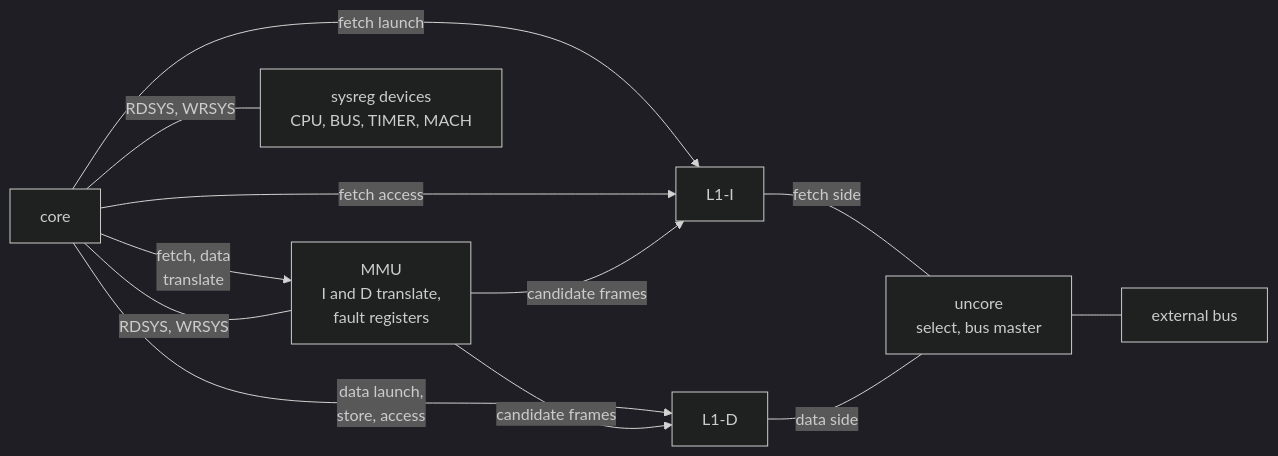
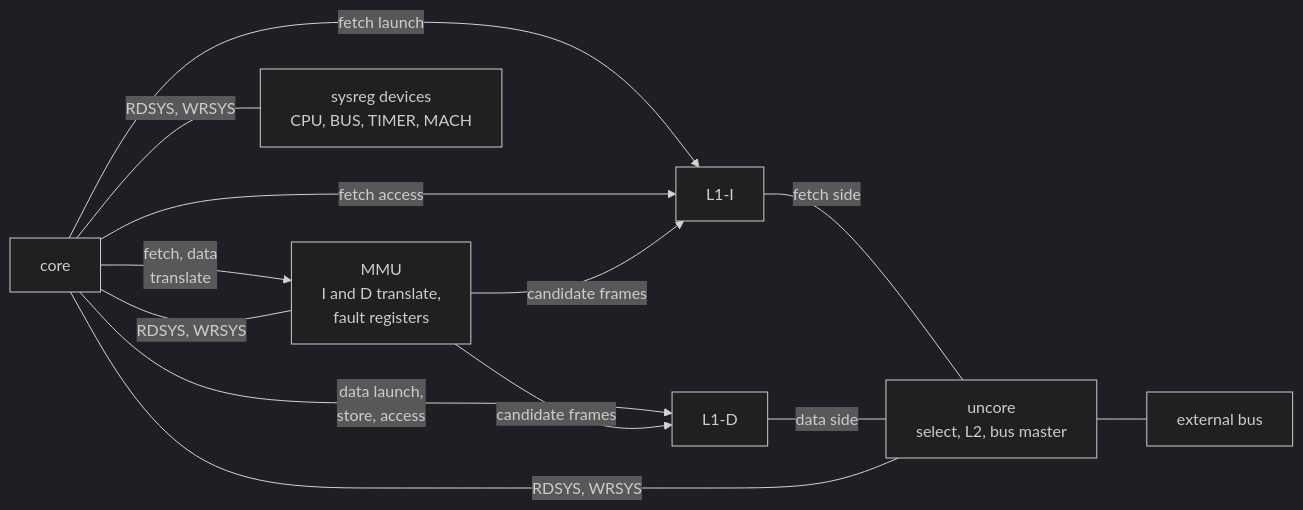
One commit to lonemeow/penumbra-minicomputer changed the diagram in doc/internals/penumbra3/machine.md. Above: the diagram before and after it, drawn with Mermaid (dark theme). The commit also changed other lines of this file and 2 other files, not shown here.

First line of the commit message:
doc: describe the gen3 uncore and its L2

````diff
--- a/doc/internals/penumbra3/machine.md
+++ b/doc/internals/penumbra3/machine.md
@@ -16,21 +15,22 @@
 ```mermaid
 graph LR
     CORE["core"]
     MMU["MMU<br/>I and D translate,<br/>fault registers"]
     L1I["L1-I"]
     L1D["L1-D"]
-    UC["uncore<br/>select, bus master"]
+    UC["uncore<br/>select, L2, bus master"]
     DEV["sysreg devices<br/>CPU, BUS, TIMER, MACH"]
     BUS["external bus"]
     CORE -->|"fetch launch"| L1I
     CORE -->|"fetch, data<br/>translate"| MMU
     CORE -->|"data launch,<br/>store, access"| L1D
     CORE -->|"fetch access"| L1I
     MMU -->|"candidate frames"| L1I
     MMU -->|"candidate frames"| L1D
     L1I ---|"fetch side"| UC
     L1D ---|"data side"| UC
     UC --- BUS
     CORE ---|"RDSYS, WRSYS"| DEV
     CORE ---|"RDSYS, WRSYS"| MMU
+    CORE ---|"RDSYS, WRSYS"| UC
 ```
````
